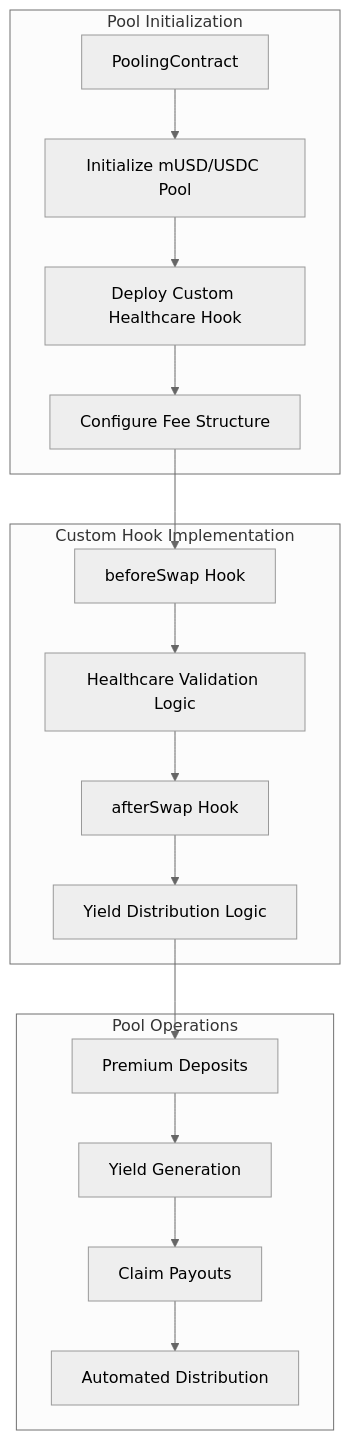
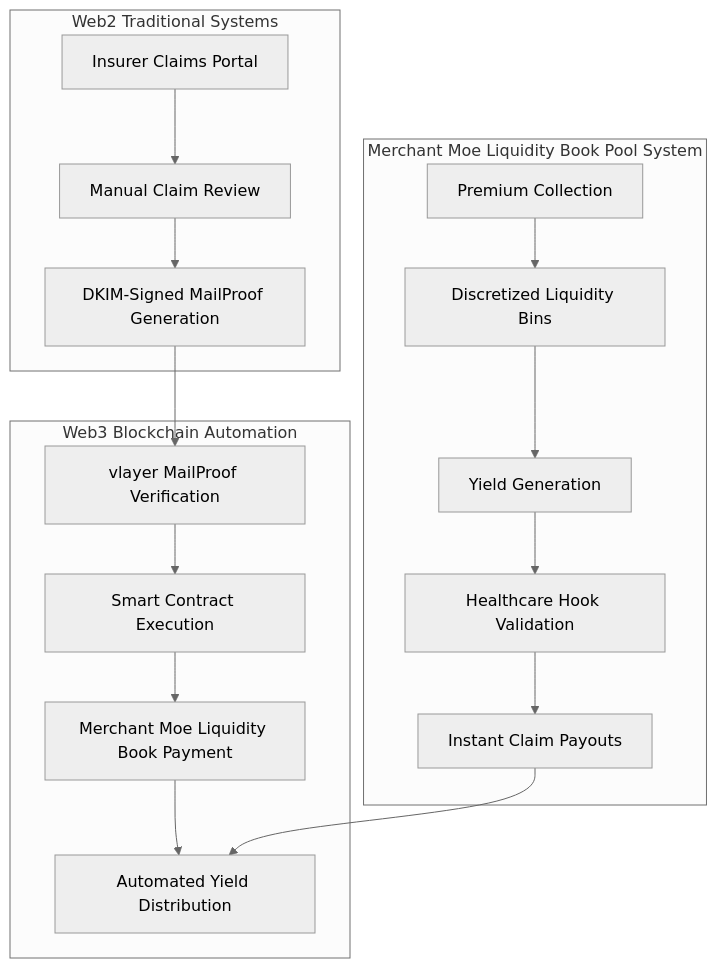
The first of 8 diagrams in memory-bank/systemPatterns.md (ppezzull/zkMed), drawn with Mermaid (neutral theme) before and after one commit. The commit also changed other lines of this file and 3 other files, not shown here.

````diff
--- a/memory-bank/systemPatterns.md
+++ b/memory-bank/systemPatterns.md
@@ -100,22 +15,23 @@
 ```mermaid
 graph TB
-    subgraph "Pool Initialization"
-        A[PoolingContract] --> B[Initialize mUSD/USDC Pool]
-        B --> C[Deploy Custom Healthcare Hook]
-        C --> D[Configure Fee Structure]
+    subgraph "Web2 Traditional Systems"
+        A[Insurer Claims Portal] --> B[Manual Claim Review]
+        B --> C[DKIM-Signed MailProof Generation]
     end
     
-    subgraph "Custom Hook Implementation"
-        D --> E[beforeSwap Hook]
-        E --> F[Healthcare Validation Logic]
-        F --> G[afterSwap Hook]
-        G --> H[Yield Distribution Logic]
+    subgraph "Web3 Blockchain Automation"
+        D[vlayer MailProof Verification] --> E[Smart Contract Execution]
+        E --> F[Merchant Moe Liquidity Book Payment]
+        F --> G[Automated Yield Distribution]
     end
     
-    subgraph "Pool Operations"
-        H --> I[Premium Deposits]
+    subgraph "Merchant Moe Liquidity Book Pool System"
+        H[Premium Collection] --> I[Discretized Liquidity Bins]
         I --> J[Yield Generation]
-        J --> K[Claim Payouts]
-        K --> L[Automated Distribution]
+        J --> K[Healthcare Hook Validation]
+        K --> L[Instant Claim Payouts]
     end
+    
+    C --> D
+    L --> G
 ```
````
